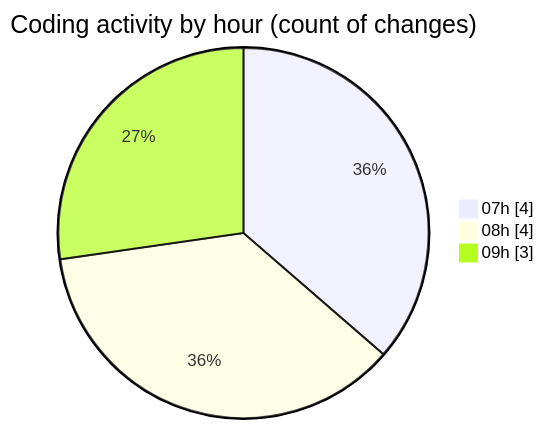
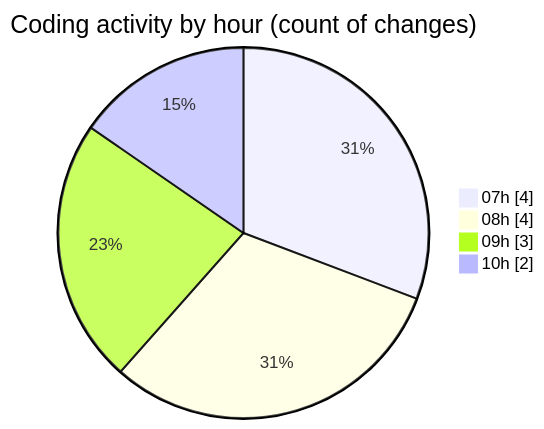
One commit to LanceThiago/code-tracking changed the second of 2 diagrams in 2025-09-16/totem2/README.md. Above: the diagram before and after it, drawn with Mermaid. The commit also changed other lines of this file and 1 other file, not shown here.

````diff
--- a/2025-09-16/totem2/README.md
+++ b/2025-09-16/totem2/README.md
@@ -29,7 +29,8 @@
 ```mermaid
 pie showData
 title Coding activity by hour (count of changes)
 "07h" : 4
 "08h" : 4
 "09h" : 3
+"10h" : 2
 ```
````
